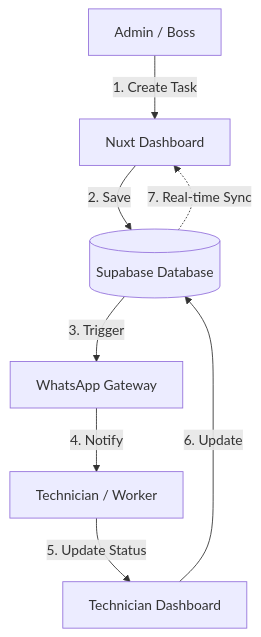
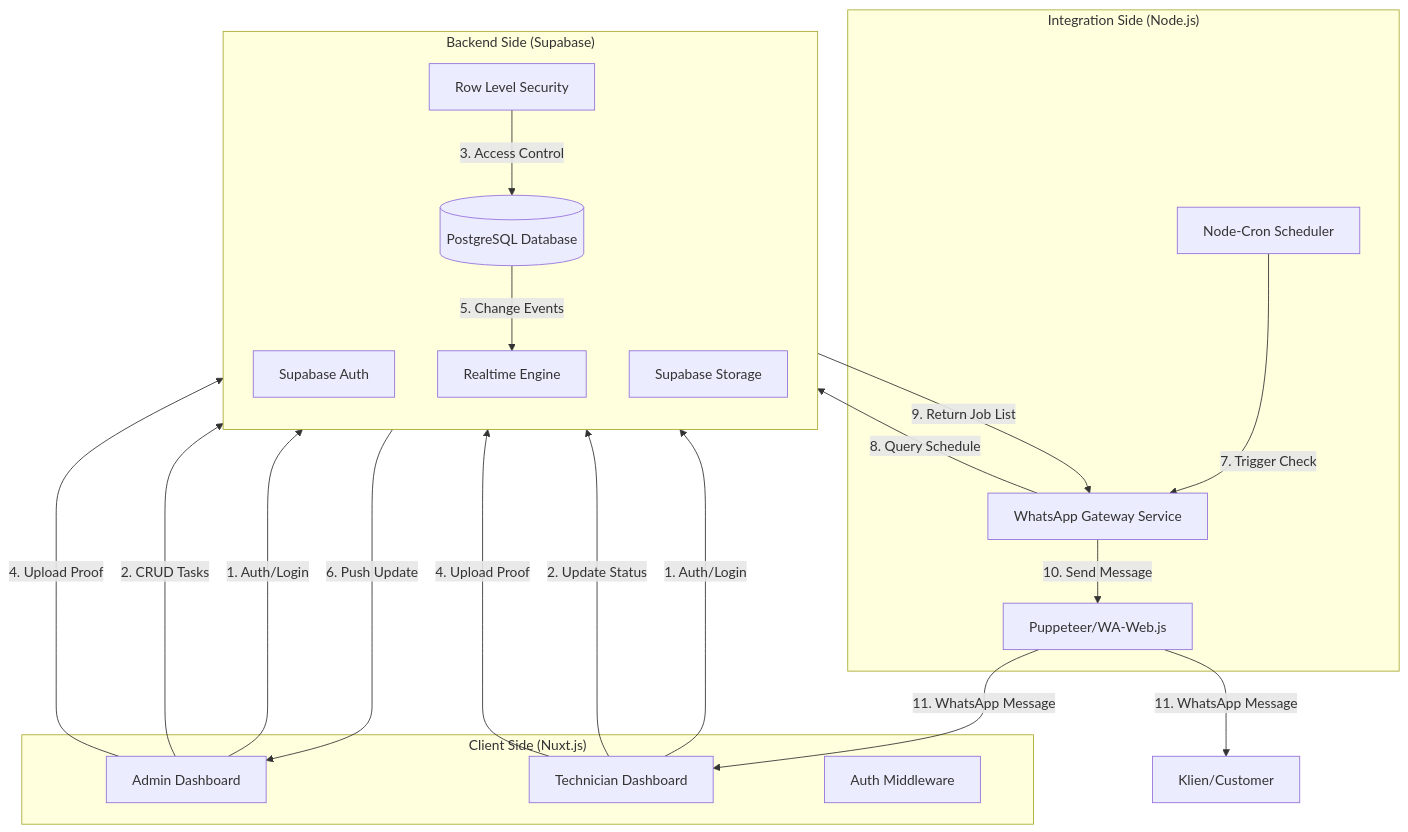
The first of 4 diagrams in README.md (rokifran/TugasAkhir), drawn with Mermaid before and after one commit. The commit also changed other lines of this file and 3 other files, not shown here.

````diff
--- a/README.md
+++ b/README.md
@@ -30,10 +27,44 @@
 ```mermaid
-graph TD
- Admin[Admin / Boss] -->|1. Create Task| Dashboard[Nuxt Dashboard]
- Dashboard -->|2. Save| DB[(Supabase Database)]
- DB -->|3. Trigger| WA[WhatsApp Gateway]
- WA -->|4. Notify| Tech[Technician / Worker]
- Tech -->|5. Update Status| TechDash[Technician Dashboard]
- TechDash -->|6. Update| DB
- DB -.->|7. Real-time Sync| Dashboard
+graph TB
+    subgraph "Client Side (Nuxt.js)"
+        AdminUI[Admin Dashboard]
+        TechUI[Technician Dashboard]
+        AuthMiddleware[Auth Middleware]
+    end
+
+    subgraph "Backend Side (Supabase)"
+        direction TB
+        Auth[Supabase Auth]
+        DB[(PostgreSQL Database)]
+        Storage[Supabase Storage]
+        Realtime[Realtime Engine]
+        RLS[Row Level Security]
+    end
+
+    subgraph "Integration Side (Node.js)"
+        WAGateway[WhatsApp Gateway Service]
+        CronJob[Node-Cron Scheduler]
+        WAPuppeteer[Puppeteer/WA-Web.js]
+    end
+
+    %% Flows
+    AdminUI -->|1. Auth/Login| Auth
+    TechUI -->|1. Auth/Login| Auth
+    
+    AdminUI -->|2. CRUD Tasks| RLS
+    TechUI -->|2. Update Status| RLS
+    RLS -->|3. Access Control| DB
+    
+    AdminUI -->|4. Upload Proof| Storage
+    TechUI -->|4. Upload Proof| Storage
+    
+    DB -->|5. Change Events| Realtime
+    Realtime -->|6. Push Update| AdminUI
+    
+    CronJob -->|7. Trigger Check| WAGateway
+    WAGateway -->|8. Query Schedule| DB
+    DB -->|9. Return Job List| WAGateway
+    WAGateway -->|10. Send Message| WAPuppeteer
+    WAPuppeteer -->|11. WhatsApp Message| TechUI
+    WAPuppeteer -->|11. WhatsApp Message| ClientUser[Klien/Customer]
 ```
````
